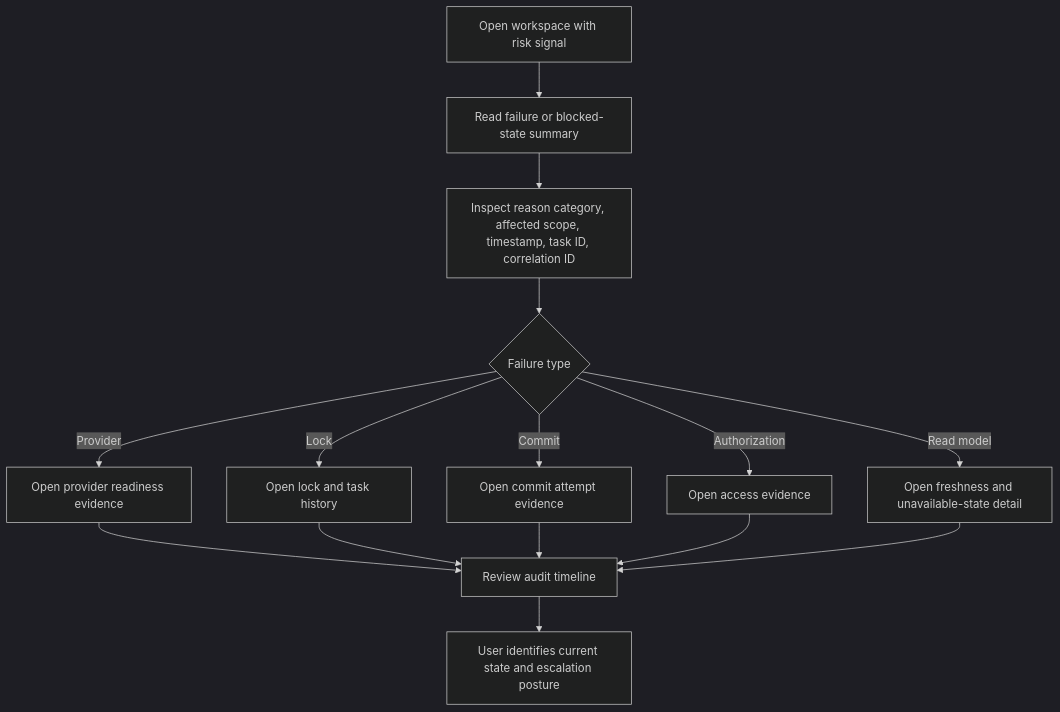
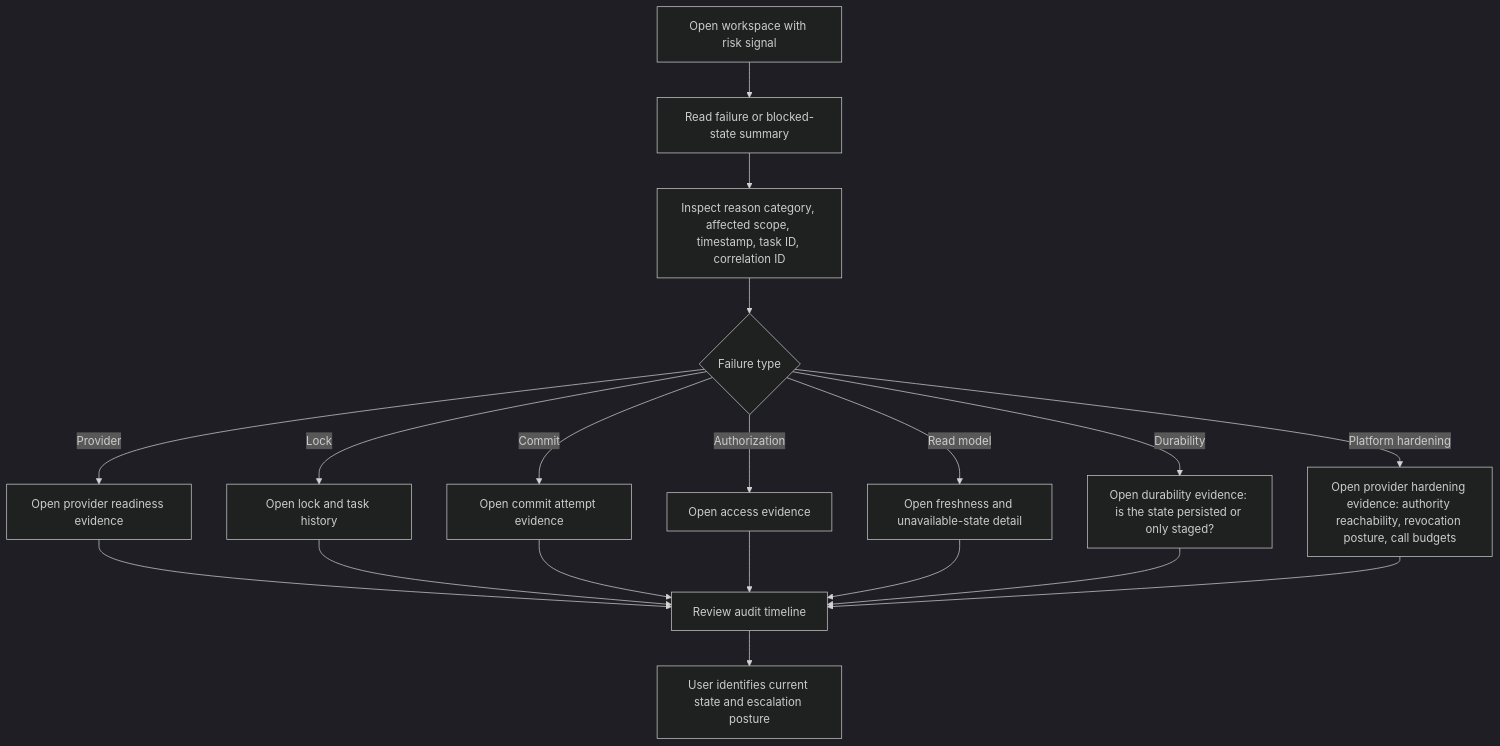
One commit to Hexalith/Hexalith.Folders changed the third of 3 diagrams in _bmad-output/planning-artifacts/ux-design-specification.md. Above: the diagram before and after it, drawn with Mermaid (dark theme). The commit also changed other lines of this file and 23 other files, not shown here.

````diff
--- a/_bmad-output/planning-artifacts/ux-design-specification.md
+++ b/_bmad-output/planning-artifacts/ux-design-specification.md
@@ -471,17 +526,21 @@
 ```mermaid
 flowchart TD
   A["Open workspace with risk signal"] --> B["Read failure or blocked-state summary"]
   B --> C["Inspect reason category, affected scope, timestamp, task ID, correlation ID"]
   C --> D{"Failure type"}
   D -->|Provider| E["Open provider readiness evidence"]
   D -->|Lock| F["Open lock and task history"]
   D -->|Commit| G["Open commit attempt evidence"]
   D -->|Authorization| H["Open access evidence"]
   D -->|Read model| I["Open freshness and unavailable-state detail"]
+  D -->|Durability| L["Open durability evidence: is the state persisted or only staged?"]
+  D -->|Platform hardening| M["Open provider hardening evidence: authority reachability, revocation posture, call budgets"]
   E --> J["Review audit timeline"]
   F --> J
   G --> J
   H --> J
   I --> J
+  L --> J
+  M --> J
   J --> K["User identifies current state and escalation posture"]
 ```
````
